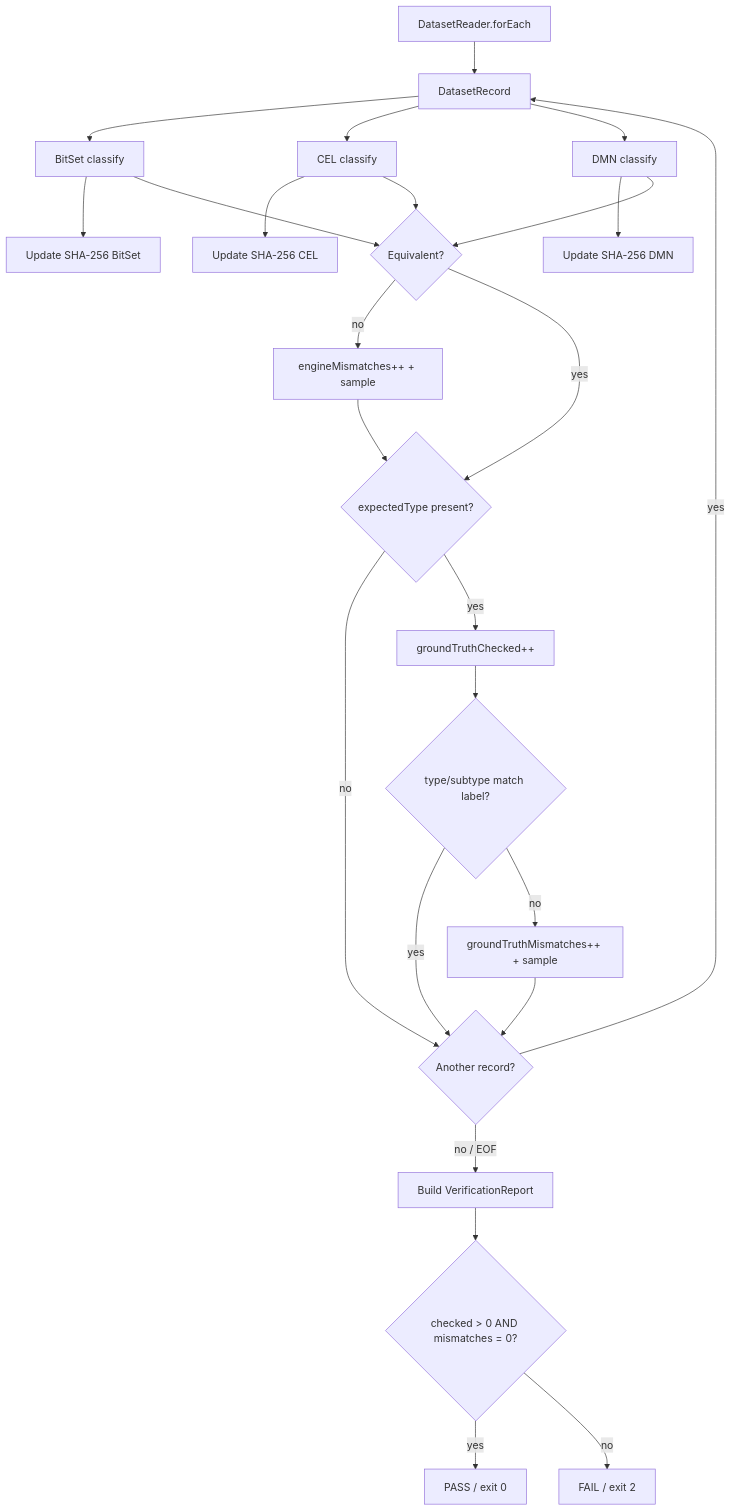
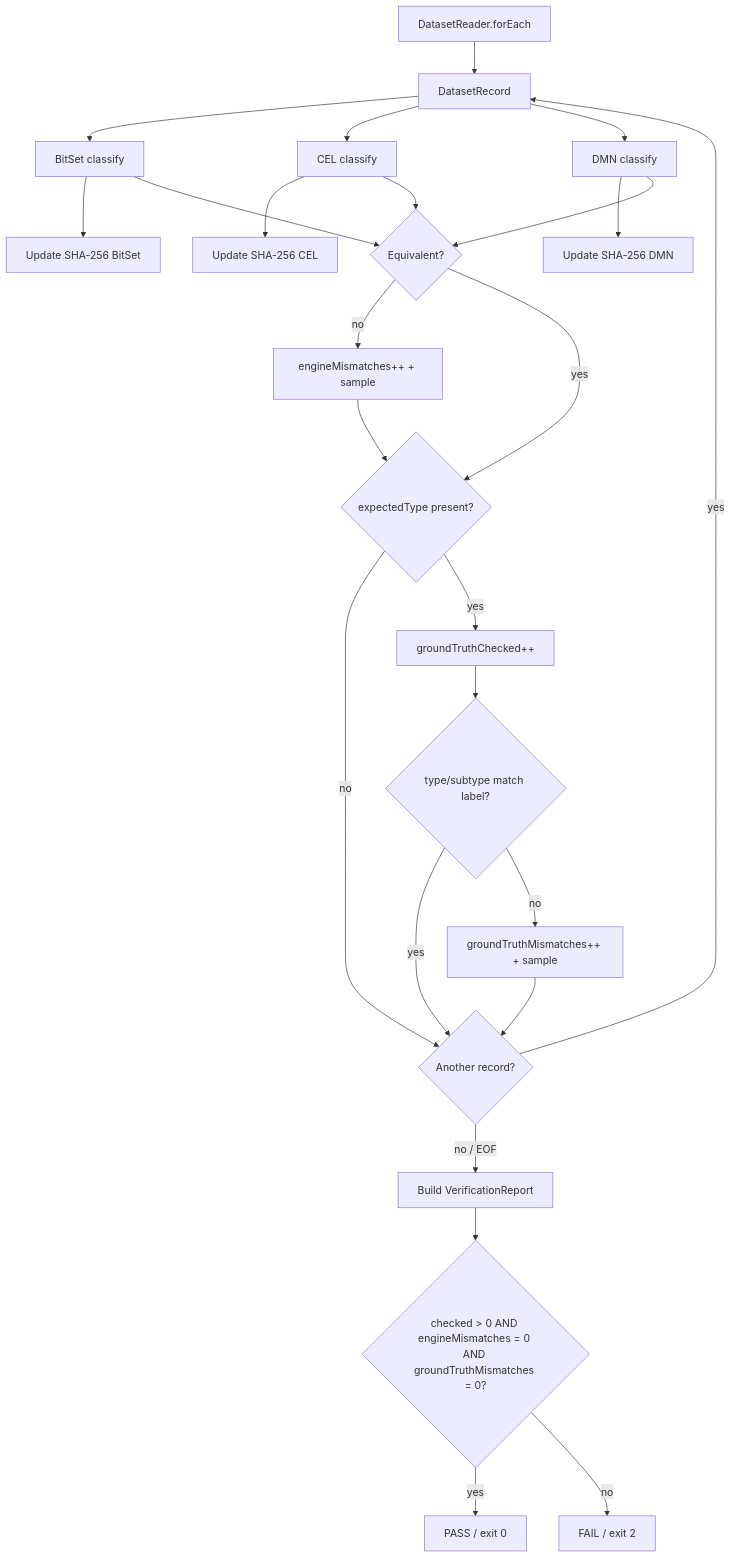
One commit to GAbra/itam-asset-typing-benchmark changed the second of 3 diagrams in docs/IMPLEMENTATION.md. Above: the diagram before and after it, drawn with Mermaid. The commit also changed other lines of this file, not shown here.

Commit message:
Use English flow diagrams and explicit branch labels

````diff
--- a/docs/IMPLEMENTATION.md
+++ b/docs/IMPLEMENTATION.md
@@ -114,27 +116,27 @@
 ```mermaid
 flowchart TD
     R[DatasetReader.forEach] --> X[DatasetRecord]
     X --> B[BitSet classify]
     X --> C[CEL classify]
     X --> D[DMN classify]
     B --> H[Update SHA-256 BitSet]
     C --> H2[Update SHA-256 CEL]
     D --> H3[Update SHA-256 DMN]
     B --> EQ{Equivalent?}
     C --> EQ
     D --> EQ
     EQ -->|no| EM[engineMismatches++ + sample]
     EQ -->|yes| GT{expectedType present?}
     EM --> GT
     GT -->|no| NEXT{Another record?}
     GT -->|yes| GTC[groundTruthChecked++]
     GTC --> GC{type/subtype match label?}
     GC -->|yes| NEXT
     GC -->|no| GM[groundTruthMismatches++ + sample]
     GM --> NEXT
     NEXT -->|yes| X
     NEXT -->|no / EOF| REP[Build VerificationReport]
-    REP --> P{checked > 0 AND mismatches = 0?}
+    REP --> P{checked > 0 AND engineMismatches = 0 AND groundTruthMismatches = 0?}
     P -->|yes| OK[PASS / exit 0]
     P -->|no| FAIL[FAIL / exit 2]
 ```
````
